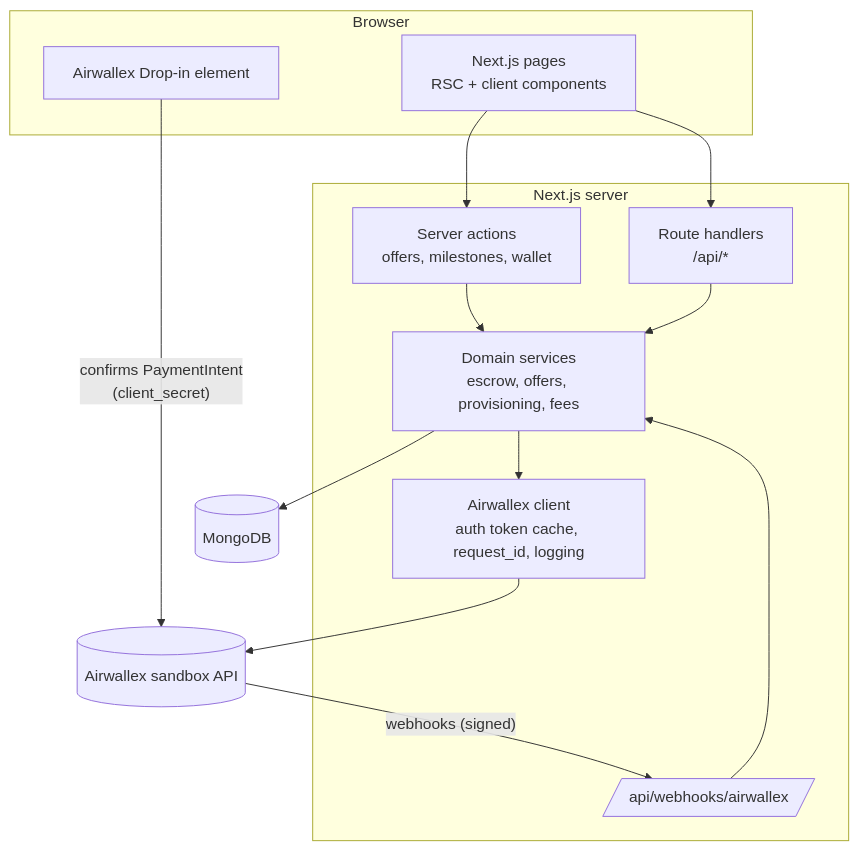
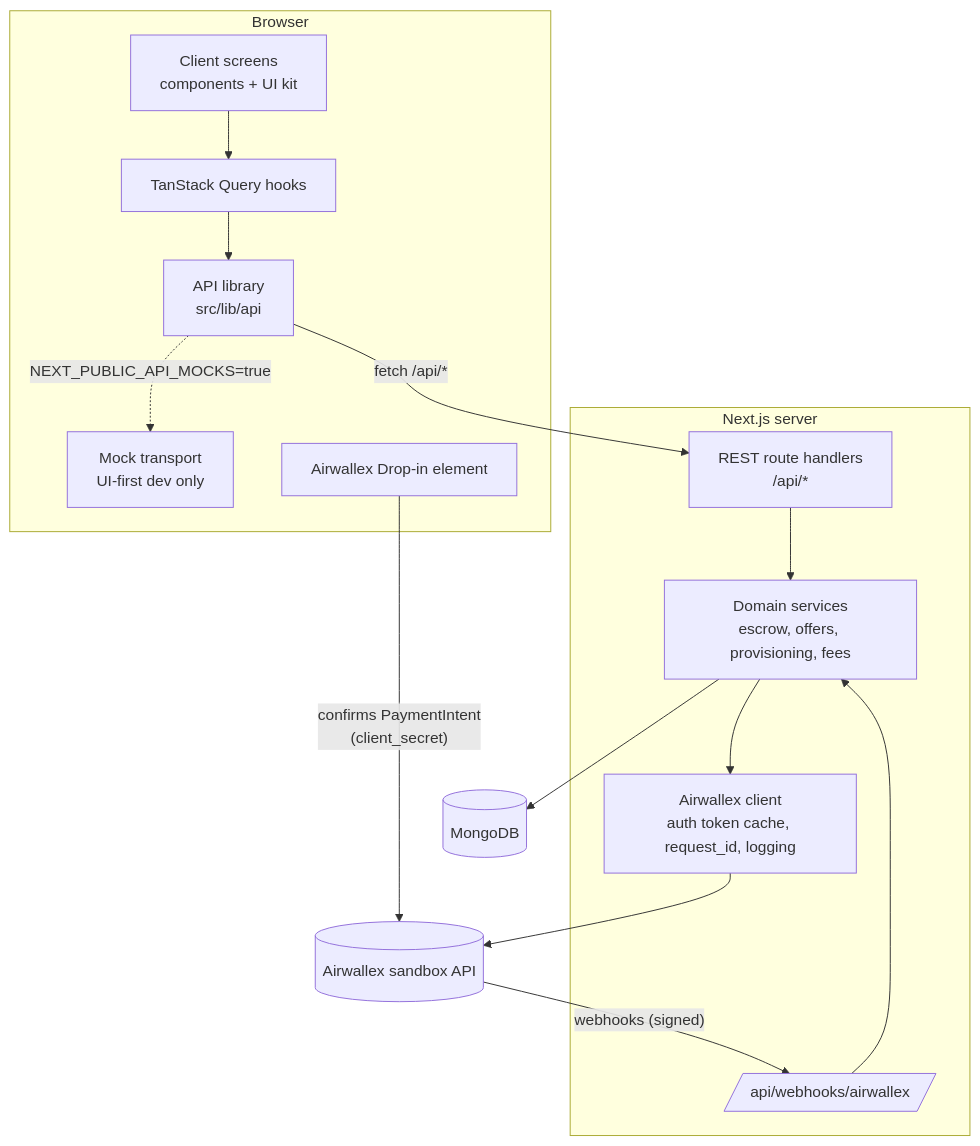
One commit to awx-devx/airwallex-freelance-marketplace changed the diagram in docs/02-architecture.md. Above: the diagram before and after it, drawn with Mermaid. The commit also changed other lines of this file and 10 other files, not shown here.

First line of the commit message:
docs: add rest contract, frontend architecture and ui kit spec

````diff
--- a/docs/02-architecture.md
+++ b/docs/02-architecture.md
@@ -19,29 +23,31 @@
 ```mermaid
 flowchart TB
   subgraph Browser
-    UI[Next.js pages\nRSC + client components]
+    UI[Client screens\ncomponents + UI kit]
+    HK[TanStack Query hooks]
+    API[API library\nsrc/lib/api]
+    MOCK[Mock transport\nUI-first dev only]
     DropIn[Airwallex Drop-in element]
   end
 
   subgraph "Next.js server"
-    SA[Server actions\noffers, milestones, wallet]
-    RH[Route handlers\n/api/*]
+    RH[REST route handlers\n/api/*]
     WH[/api/webhooks/airwallex/]
     SVC[Domain services\nescrow, offers, provisioning, fees]
     AWX[Airwallex client\nauth token cache, request_id, logging]
   end
 
   DB[(MongoDB)]
   AX[(Airwallex sandbox API)]
 
-  UI --> SA
-  UI --> RH
+  UI --> HK --> API
+  API -- "fetch /api/*" --> RH
+  API -. "NEXT_PUBLIC_API_MOCKS=true" .-> MOCK
   DropIn -- "confirms PaymentIntent\n(client_secret)" --> AX
-  SA --> SVC
   RH --> SVC
   WH --> SVC
   SVC --> DB
   SVC --> AWX
   AWX --> AX
   AX -- "webhooks (signed)" --> WH
 ```
````
